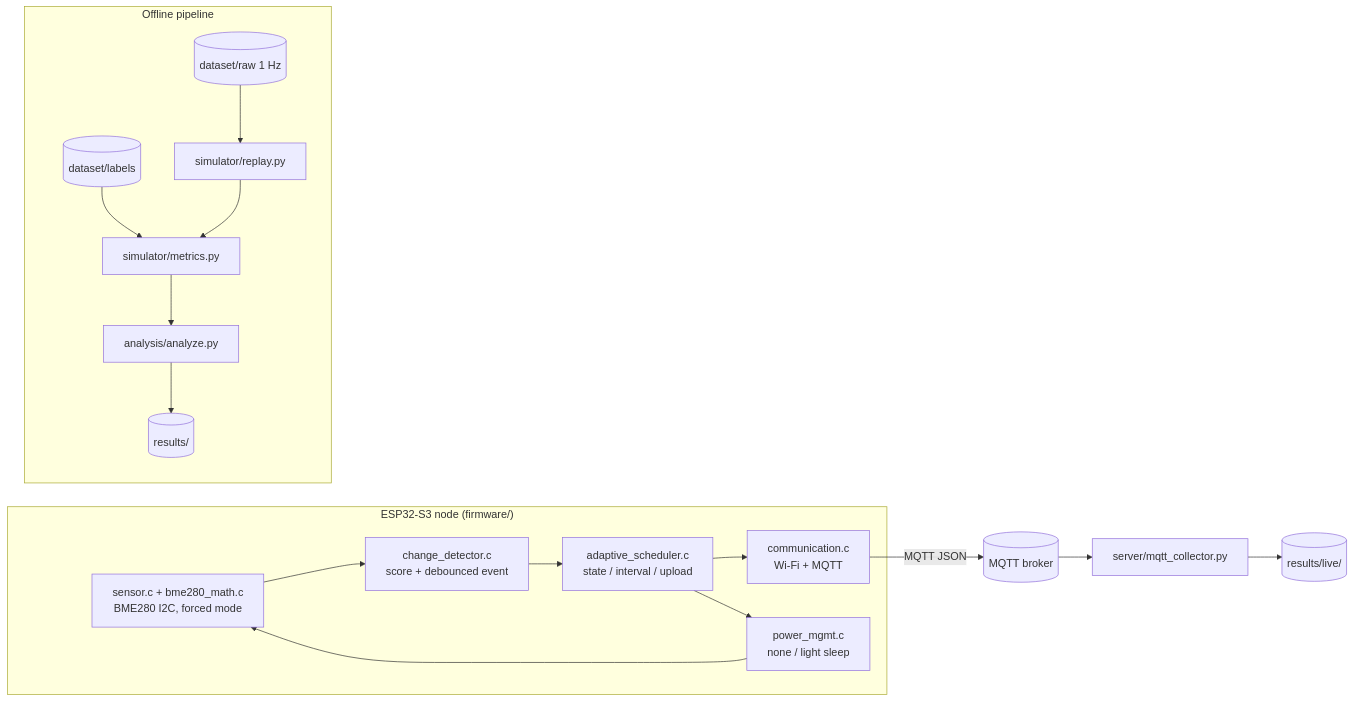
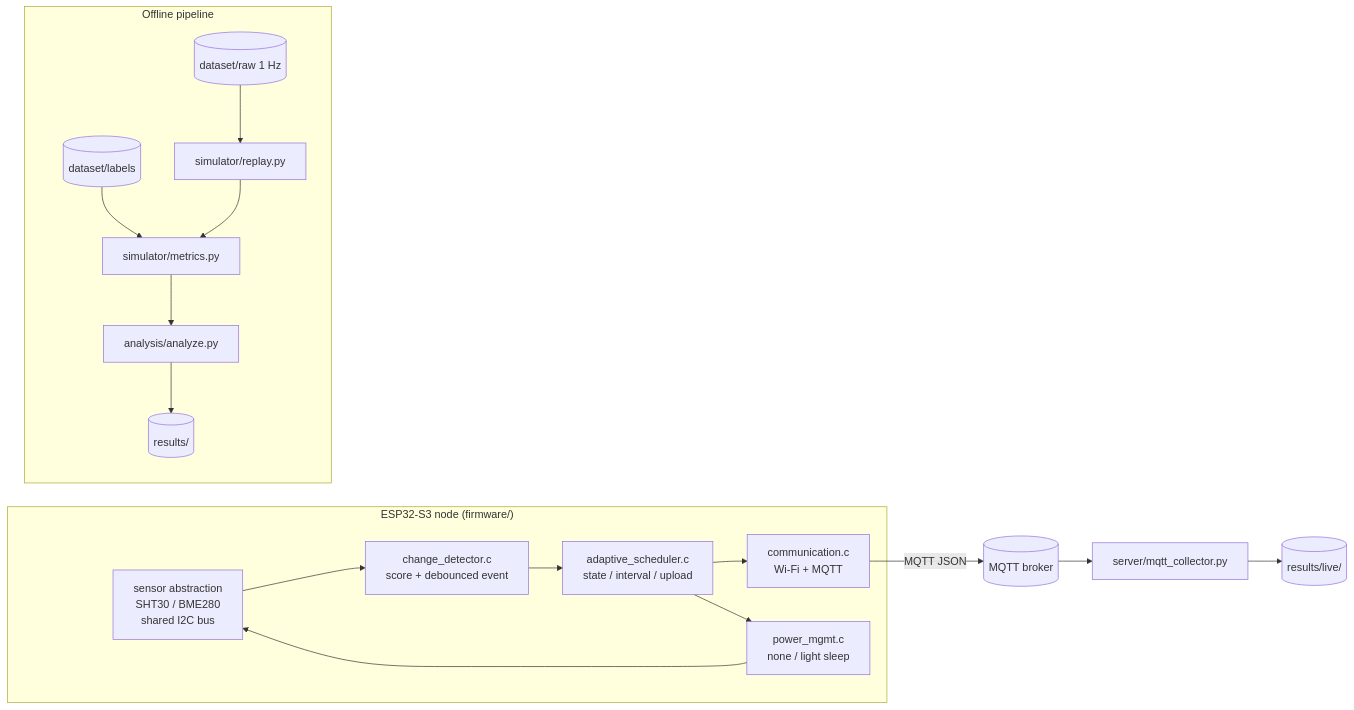
One commit to Sver0411/AdaptiveSense changed the diagram in docs/architecture.md. Above: the diagram before and after it, drawn with Mermaid. The commit also changed other lines of this file and 14 other files, not shown here.

````diff
--- a/docs/architecture.md
+++ b/docs/architecture.md
@@ -19,21 +19,21 @@
 ```mermaid
 flowchart LR
     subgraph Node["ESP32-S3 node (firmware/)"]
-        SEN["sensor.c + bme280_math.c<br/>BME280 I2C, forced mode"] --> CD["change_detector.c<br/>score + debounced event"]
+        SEN["sensor abstraction<br/>SHT30 / BME280<br/>shared I2C bus"] --> CD["change_detector.c<br/>score + debounced event"]
         CD --> AS["adaptive_scheduler.c<br/>state / interval / upload"]
         AS --> COMM["communication.c<br/>Wi-Fi + MQTT"]
         AS --> PM["power_mgmt.c<br/>none / light sleep"]
         PM --> SEN
     end
     COMM -->|MQTT JSON| BROKER[(MQTT broker)]
     BROKER --> COLLECT[server/mqtt_collector.py]
     COLLECT --> LIVE[(results/live/)]
 
     subgraph Analysis["Offline pipeline"]
         RAW[(dataset/raw 1 Hz)] --> REPLAY[simulator/replay.py]
         LAB[(dataset/labels)] --> MET[simulator/metrics.py]
         REPLAY --> MET
         MET --> ANA[analysis/analyze.py]
         ANA --> RES[(results/)]
     end
 ```
````
